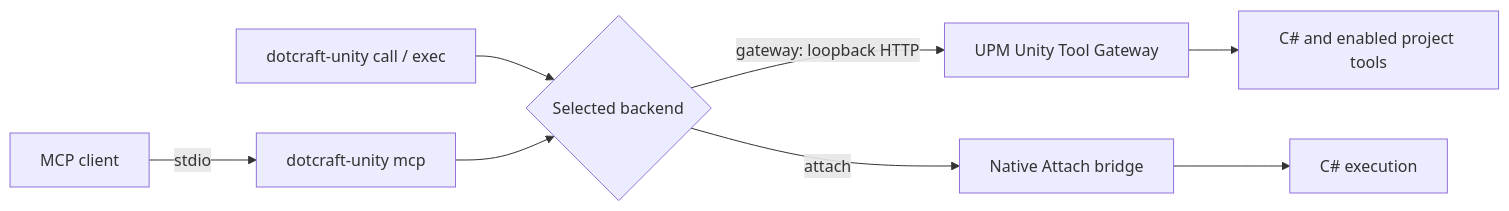
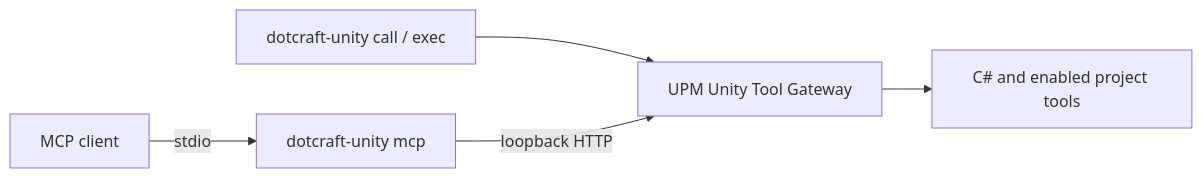
One commit to DotHarness/dotcraft-unity changed the diagram in Documentations/tool-gateway.md. Above: the diagram before and after it, drawn with Mermaid. The commit also changed other lines of this file and 19 other files, not shown here.

Commit message:
fix: repair Unity Attach execution and handshake (#10)

````diff
--- a/Documentations/tool-gateway.md
+++ b/Documentations/tool-gateway.md
@@ -9,10 +6,7 @@
 ```mermaid
 flowchart LR
     Host[MCP client] -->|stdio| Server[dotcraft-unity mcp]
-    CLI[dotcraft-unity call / exec] --> Backend{Selected backend}
-    Server --> Backend
-    Backend -->|gateway: loopback HTTP| Gateway[UPM Unity Tool Gateway]
-    Backend -->|attach| Attach[Native Attach bridge]
+    CLI[dotcraft-unity call / exec] --> Gateway
+    Server -->|loopback HTTP| Gateway[UPM Unity Tool Gateway]
     Gateway --> Registry[C# and enabled project tools]
-    Attach --> Execution[C# execution]
 ```
````
